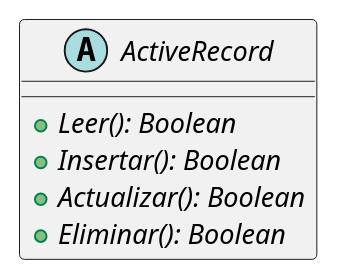
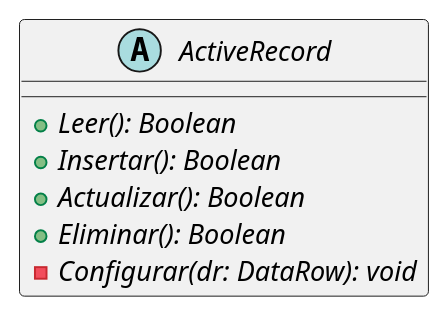
Before and after one commit to HoracioSerrano/SolucionEnterpriseMonolitica: the diagram in PlantUML/Diagramas de Clase/ActiveRecord.plantuml, drawn with PlantUML. The commit also changed 1 other file, not shown here.

```diff
--- a/PlantUML/Diagramas de Clase/ActiveRecord.plantuml
+++ b/PlantUML/Diagramas de Clase/ActiveRecord.plantuml
@@ -1,8 +1,9 @@
 @startuml ActiveRecord
     abstract class ActiveRecord{
         {abstract} +Leer(): Boolean
         {abstract} +Insertar(): Boolean
         {abstract} +Actualizar(): Boolean
         {abstract} +Eliminar(): Boolean
+        {abstract} -Configurar(dr: DataRow): void
     }
 @enduml
```
